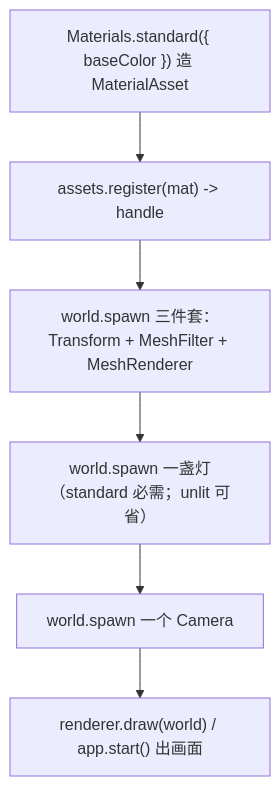
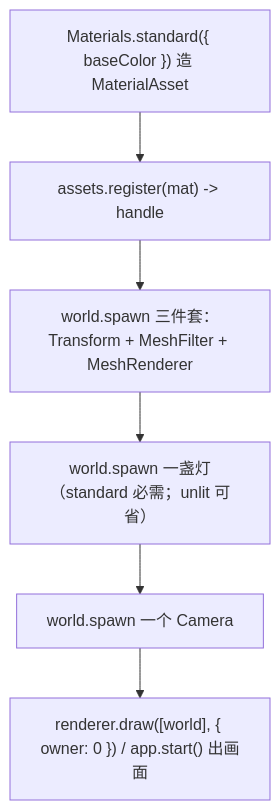
One commit to ForgeaX-Games/forgeax-editor changed the first of 2 diagrams in packages/engine/skills/forgeax-engine-material/SKILL.md. Above: the diagram before and after it, drawn with Mermaid. The commit also changed other lines of this file and 349 other files, not shown here.

````diff
--- a/packages/engine/skills/forgeax-engine-material/SKILL.md
+++ b/packages/engine/skills/forgeax-engine-material/SKILL.md
@@ -40,8 +40,8 @@
 ```mermaid
 flowchart TD
   M["Materials.standard({ baseColor }) 造 MaterialAsset"] --> R["assets.register(mat) -> handle"]
   R --> S["world.spawn 三件套：Transform + MeshFilter + MeshRenderer"]
   S --> L["world.spawn 一盏灯（standard 必需；unlit 可省）"]
   L --> CAM["world.spawn 一个 Camera"]
-  CAM --> D["renderer.draw(world) / app.start() 出画面"]
+  CAM --> D["renderer.draw([world], { owner: 0 }) / app.start() 出画面"]
 ```
````
